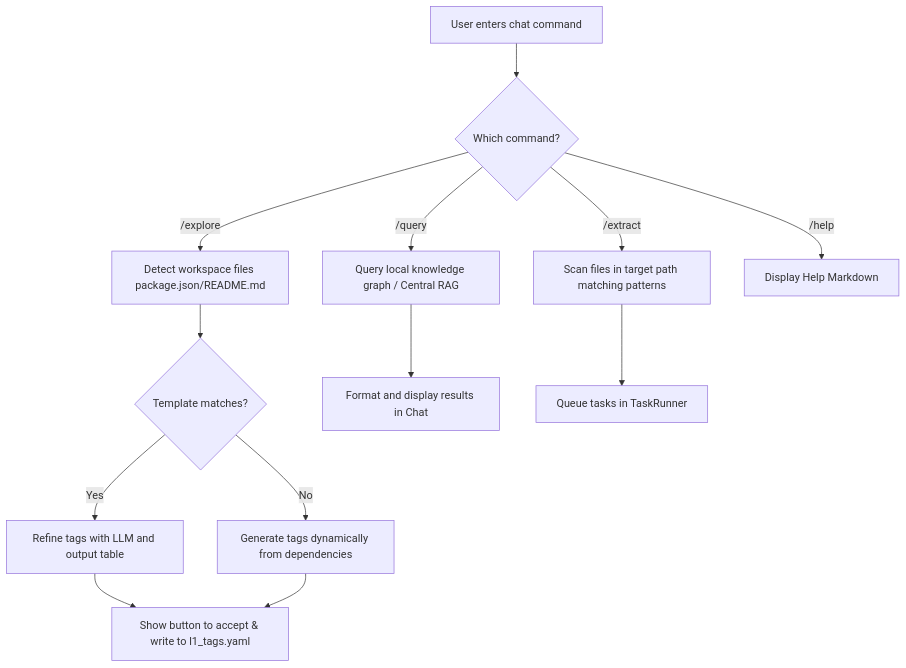
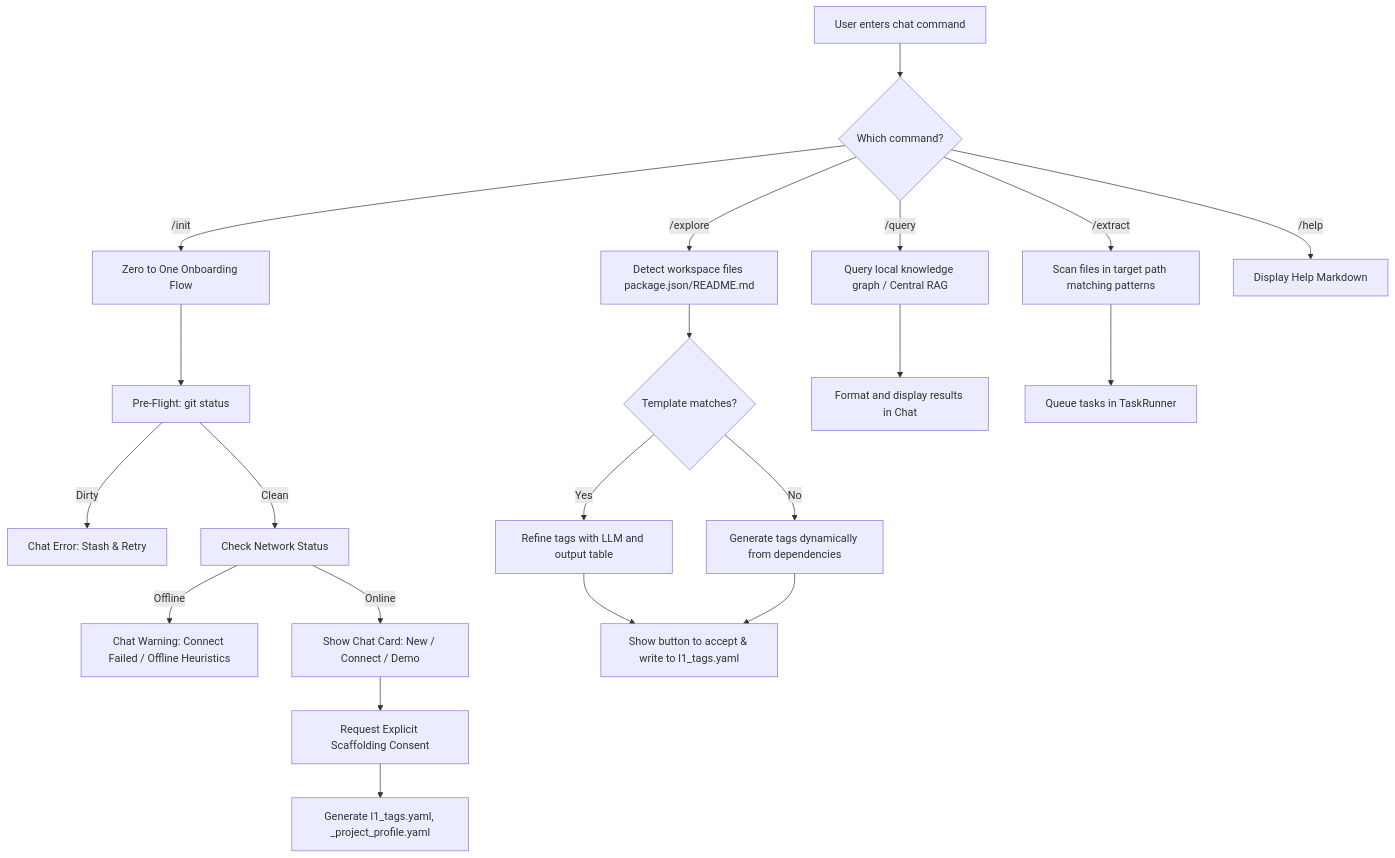
One commit to dyphn1/Docuvia changed the diagram in artifacts/vscode-client/design/chat-participant/slash-commands.md. Above: the diagram before and after it, drawn with Mermaid. The commit also changed other lines of this file and 8 other files, not shown here.

First line of the commit message:
feat(vscode-client): implement zero-to-one local onboarding UX

````diff
--- a/artifacts/vscode-client/design/chat-participant/slash-commands.md
+++ b/artifacts/vscode-client/design/chat-participant/slash-commands.md
@@ -12,19 +12,28 @@
 ```mermaid
 flowchart TD
     Query[User enters chat command] --> Path{Which command?}
+
+    Path -->|/init| Init[Zero to One Onboarding Flow]
+    Init --> CheckGit[Pre-Flight: git status]
+    CheckGit -- Dirty --> ErrorGit[Chat Error: Stash & Retry]
+    CheckGit -- Clean --> CheckNet[Check Network Status]
+    CheckNet -- Offline --> ErrorNet[Chat Warning: Connect Failed / Offline Heuristics]
+    CheckNet -- Online --> PromptInit[Show Chat Card: New / Connect / Demo]
+    PromptInit --> Consent[Request Explicit Scaffolding Consent]
+    Consent --> ScaffoldInit[Generate l1_tags.yaml, _project_profile.yaml]
 
     Path -->|/explore| Explore[Detect workspace files package.json/README.md]
     Explore --> Match{Template matches?}
     Match -- Yes --> Refine[Refine tags with LLM and output table]
     Match -- No --> Dynamic[Generate tags dynamically from dependencies]
     Refine --> Accept[Show button to accept & write to l1_tags.yaml]
     Dynamic --> Accept
 
     Path -->|/query| Search[Query local knowledge graph / Central RAG]
     Search --> OutputChat[Format and display results in Chat]
 
     Path -->|/extract| Extract[Scan files in target path matching patterns]
     Extract --> Queue[Queue tasks in TaskRunner]
 
     Path -->|/help| Help[Display Help Markdown]
 ```
````
